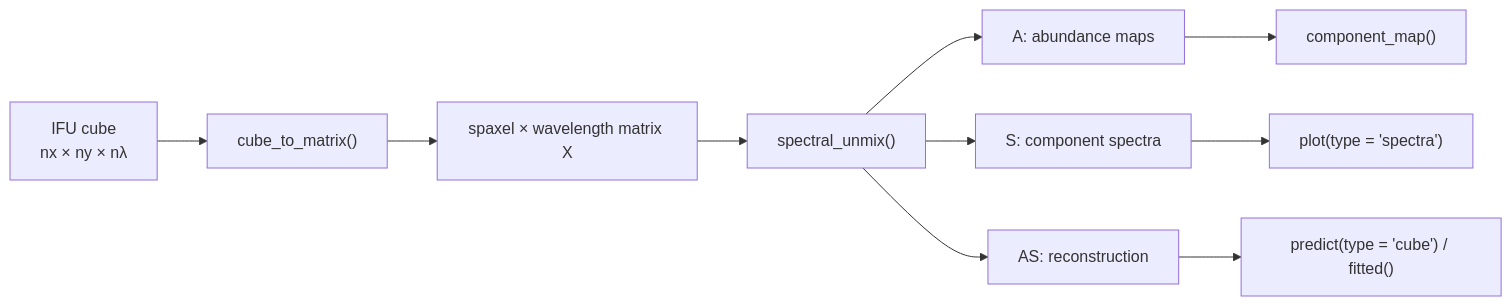
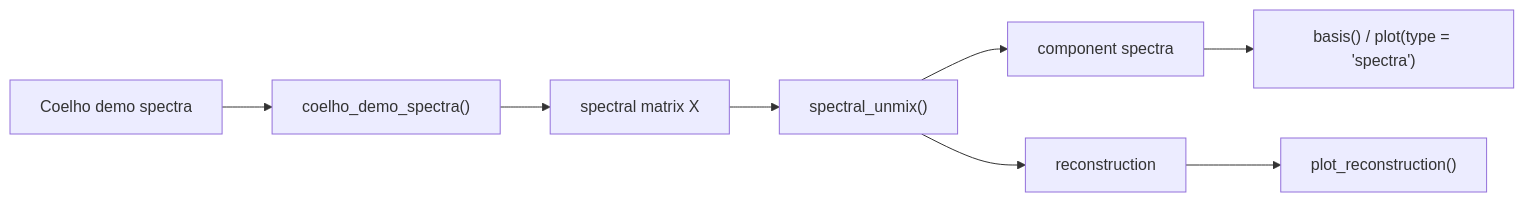
Before and after one commit to RafaelSdeSouza/SpectralUnmix: the diagram in site/index.qmd, drawn with Mermaid. The commit also changed other lines of this file and 13 other files, not shown here.

````diff
--- a/site/index.qmd
+++ b/site/index.qmd
@@ -26,12 +26,10 @@
 ```{mermaid}
 flowchart LR
-  A["IFU cube<br/>nx × ny × nλ"] --> B["cube_to_matrix()"]
-  B --> C["spaxel × wavelength matrix X"]
+  A["Coelho demo spectra"] --> B["coelho_demo_spectra()"]
+  B --> C["spectral matrix X"]
   C --> D["spectral_unmix()"]
-  D --> E["A: abundance maps"]
-  D --> F["S: component spectra"]
-  D --> G["AS: reconstruction"]
-  E --> H["component_map()"]
-  F --> I["plot(type = 'spectra')"]
-  G --> J["predict(type = 'cube') / fitted()"]
+  D --> E["component spectra"]
+  D --> F["reconstruction"]
+  E --> G["basis() / plot(type = 'spectra')"]
+  F --> H["plot_reconstruction()"]
 ```
````
